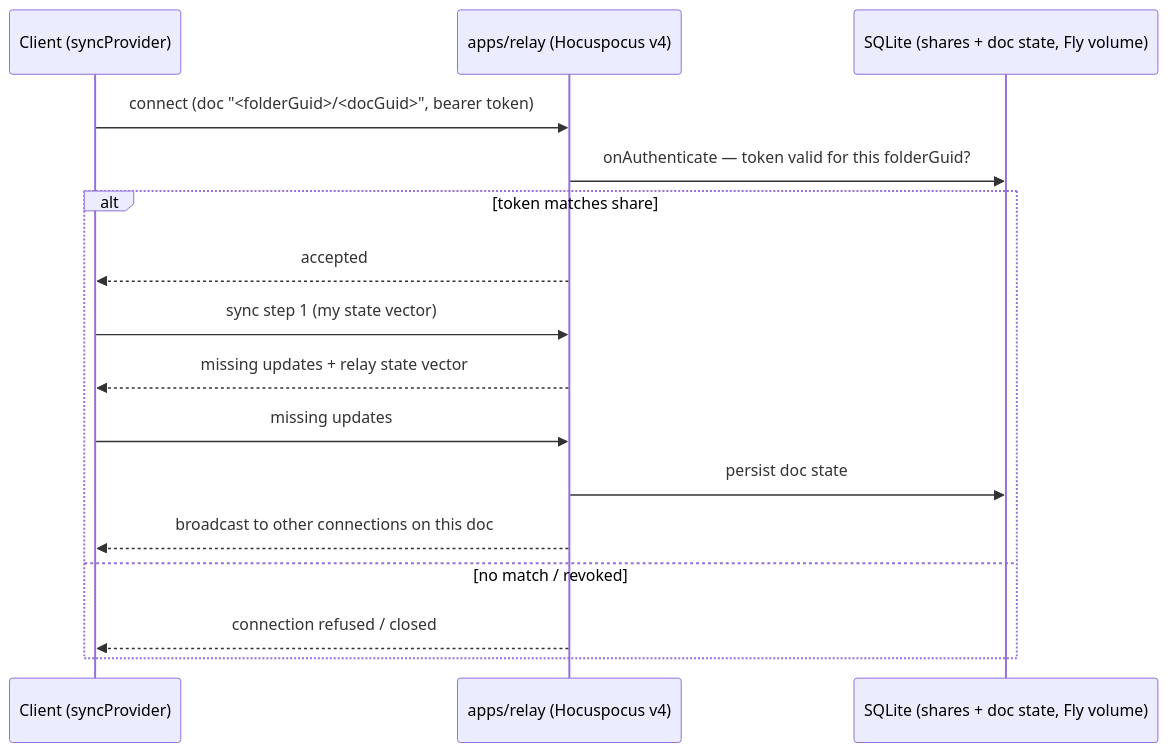
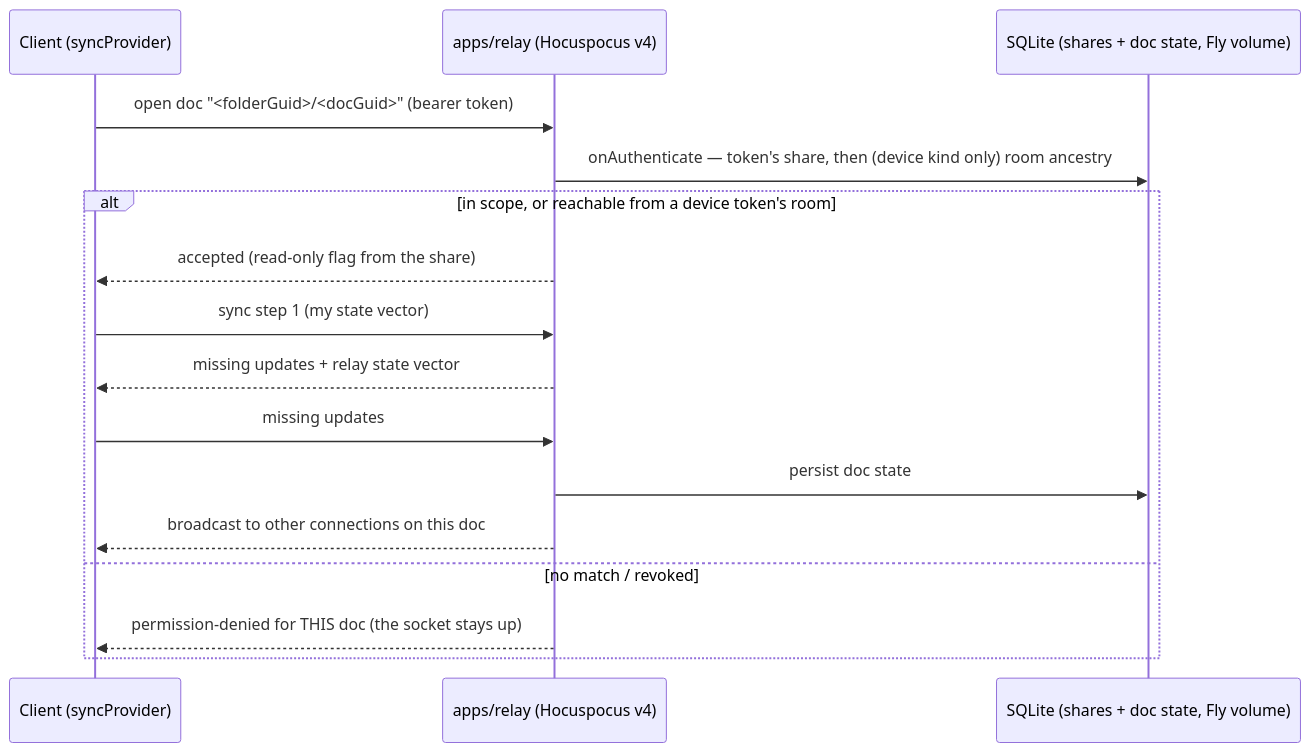
The diagram in docs/architecture/relay.md (codemyriad/ohhi-markdown), drawn with Mermaid before and after one commit. The commit also changed other lines of this file and 49 other files, not shown here.

````diff
--- a/docs/architecture/relay.md
+++ b/docs/architecture/relay.md
@@ -34,18 +36,18 @@
 ```mermaid
 sequenceDiagram
     participant C as Client (syncProvider)
     participant R as apps/relay (Hocuspocus v4)
     participant S as SQLite (shares + doc state, Fly volume)
-    C->>R: connect (doc "<folderGuid>/<docGuid>", bearer token)
-    R->>S: onAuthenticate — token valid for this folderGuid?
-    alt token matches share
-        R-->>C: accepted
+    C->>R: open doc "<folderGuid>/<docGuid>" (bearer token)
+    R->>S: onAuthenticate — token's share, then (device kind only) room ancestry
+    alt in scope, or reachable from a device token's room
+        R-->>C: accepted (read-only flag from the share)
         C->>R: sync step 1 (my state vector)
         R-->>C: missing updates + relay state vector
         C->>R: missing updates
         R->>S: persist doc state
         R-->>C: broadcast to other connections on this doc
     else no match / revoked
-        R-->>C: connection refused / closed
+        R-->>C: permission-denied for THIS doc (the socket stays up)
     end
 ```
````
